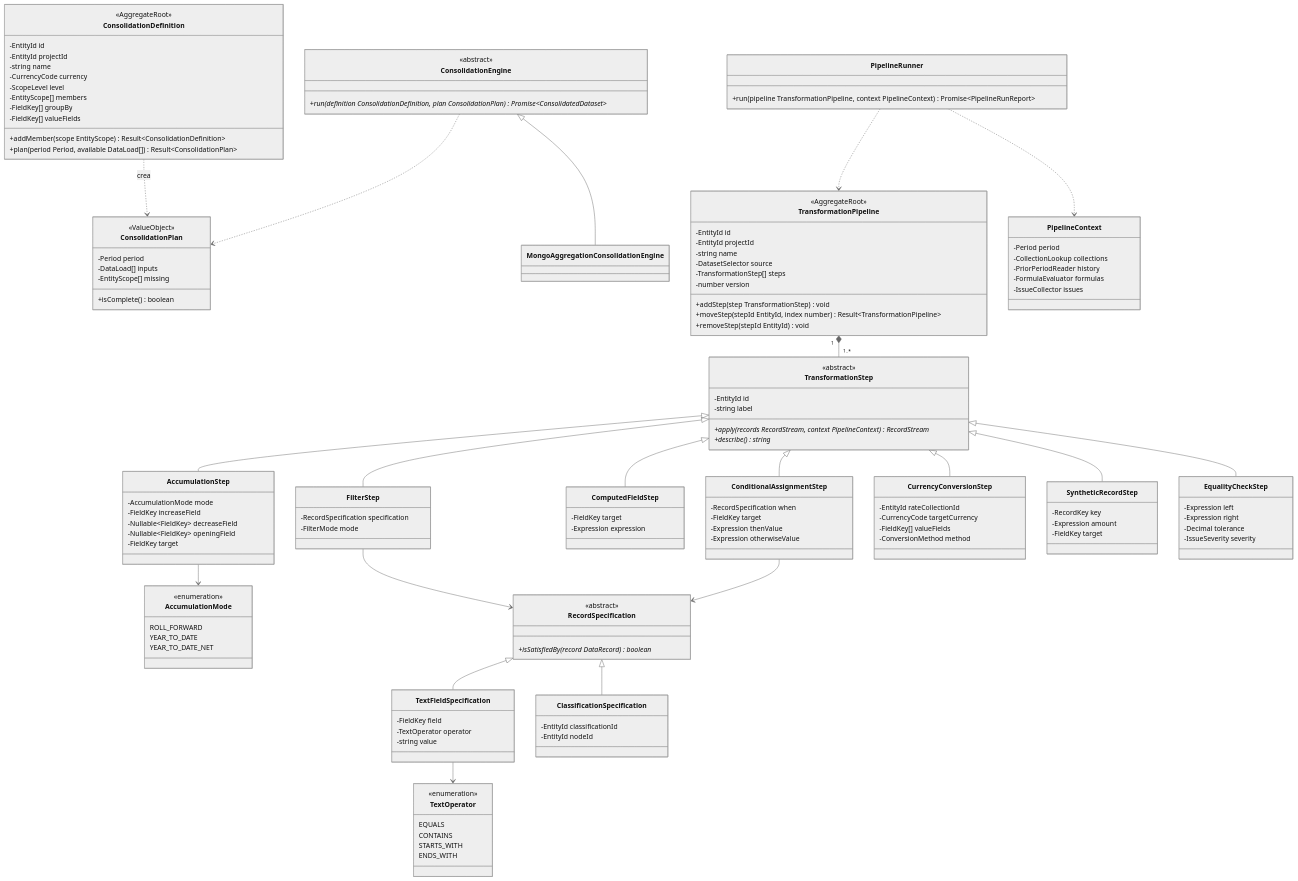
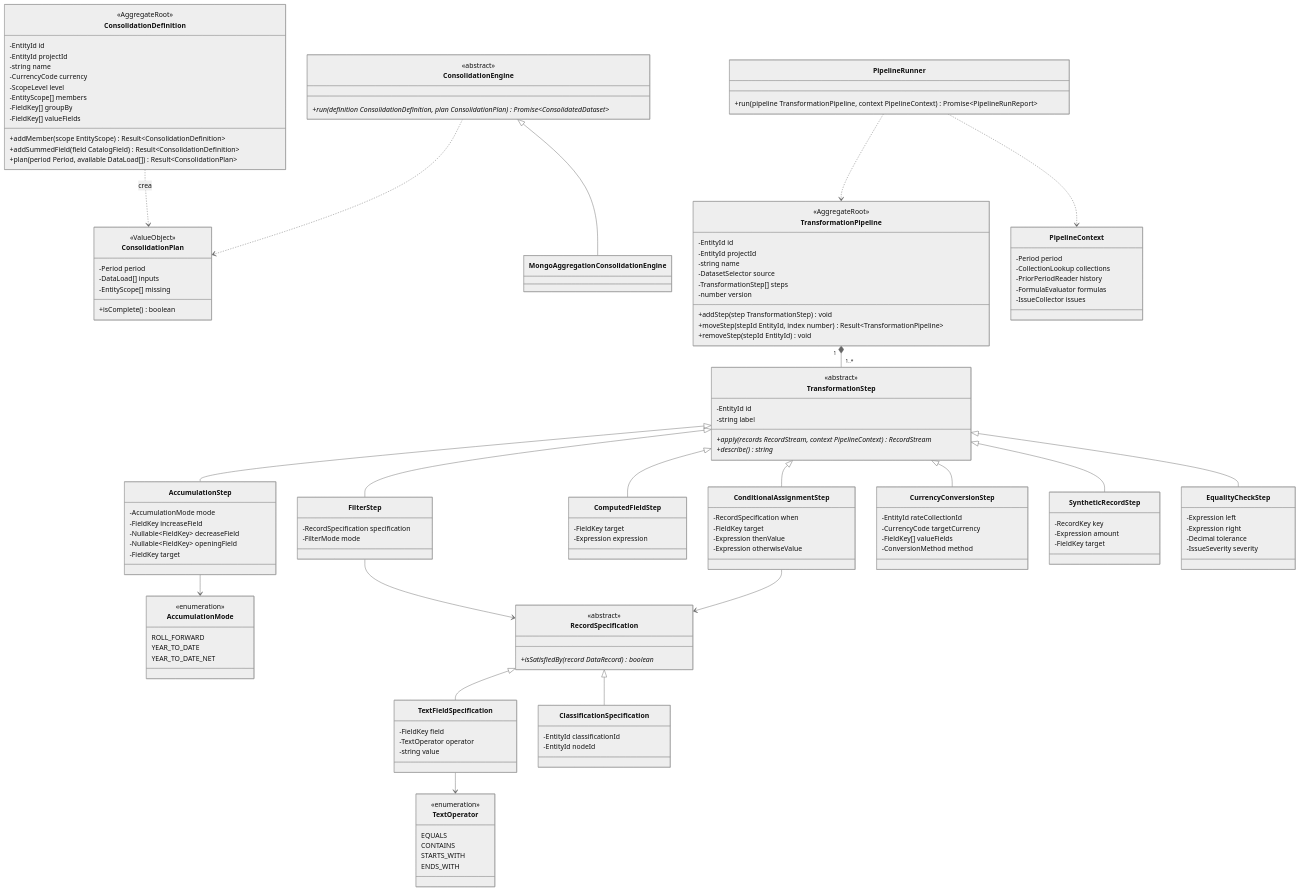
One commit to Axel-Esquivel/Asisteglt_v2 changed the ninth of 13 diagrams in docs/04-modelo-de-dominio.md. Above: the diagram before and after it, drawn with Mermaid (neutral theme). The commit also changed other lines of this file and 3 other files, not shown here.

```diff
--- a/docs/04-modelo-de-dominio.md
+++ b/docs/04-modelo-de-dominio.md
@@ -1257,6 +1255,7 @@
         -FieldKey[] groupBy
         -FieldKey[] valueFields
         +addMember(scope EntityScope) Result~ConsolidationDefinition~
+        +addSummedField(field CatalogField) Result~ConsolidationDefinition~
         +plan(period Period, available DataLoad[]) Result~ConsolidationPlan~
     }
     class ConsolidationPlan {
```
